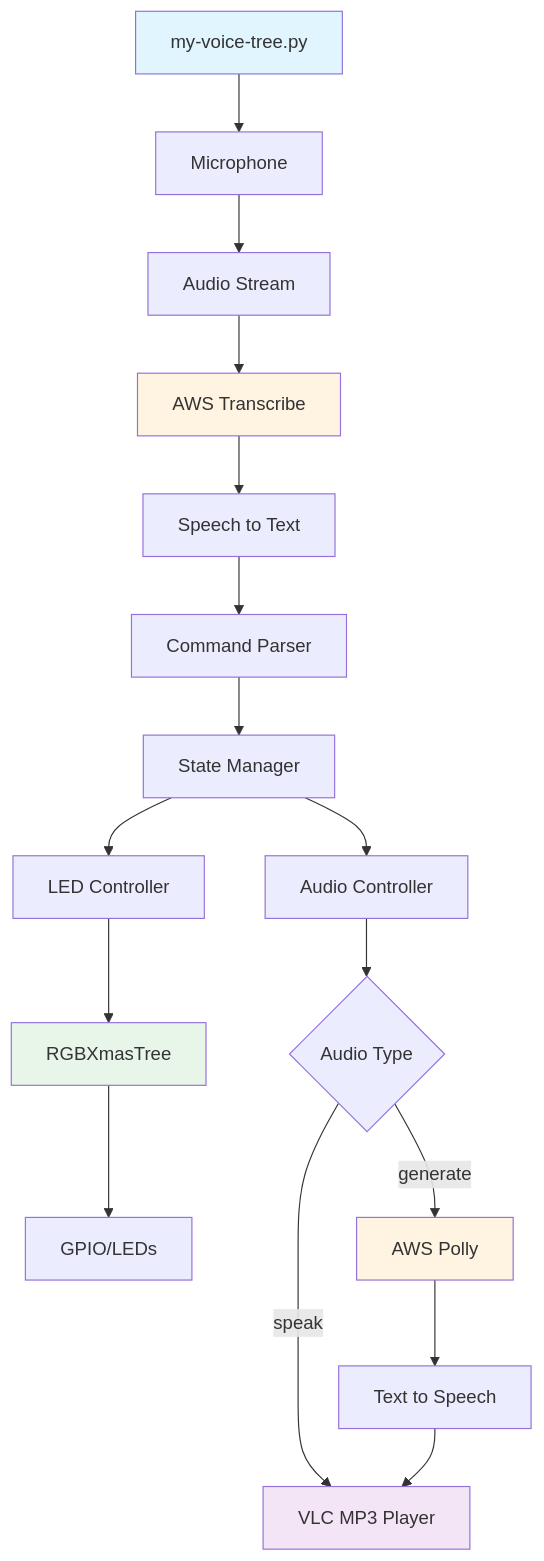
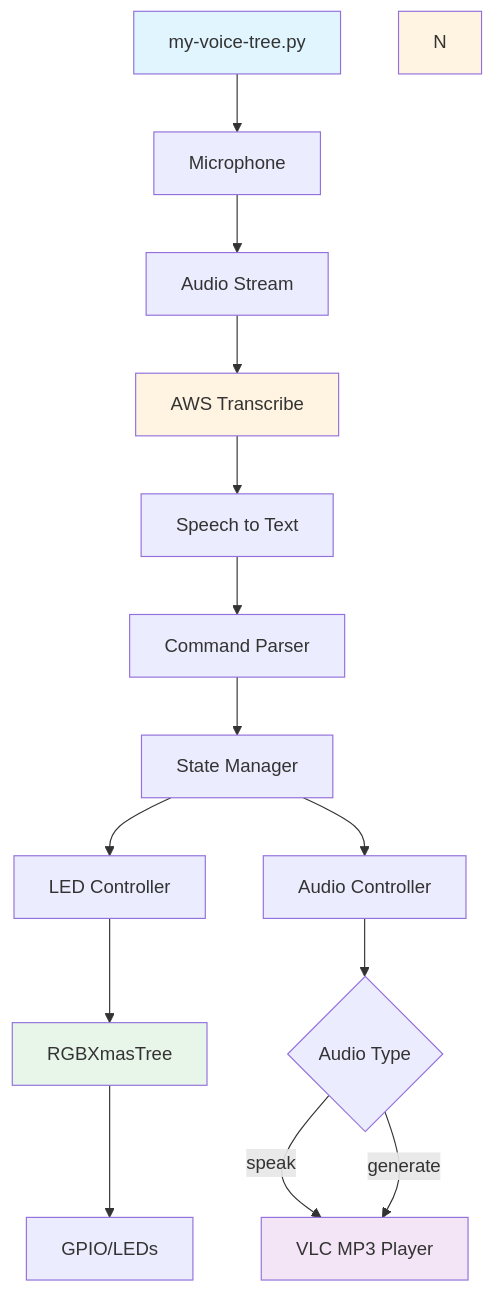
One commit to malminhas/raspberrypi-xmastree changed the second of 3 diagrams in README.md. Above: the diagram before and after it, drawn with Mermaid. The commit also changed other lines of this file, not shown here.

Commit message:
Updated README with generate info

````diff
--- a/README.md
+++ b/README.md
@@ -205,26 +205,24 @@
 ```mermaid
 graph TB
     A[my-voice-tree.py] --> B[Microphone]
     B --> C[Audio Stream]
     C --> D[AWS Transcribe]
     D --> E[Speech to Text]
     E --> F[Command Parser]
     F --> G[State Manager]
     
     G --> H[LED Controller]
     H --> I[RGBXmasTree]
     I --> J[GPIO/LEDs]
     
     G --> K[Audio Controller]
     K --> L{Audio Type}
     L -->|speak| M[VLC MP3 Player]
-    L -->|generate| N[AWS Polly]
-    N --> O[Text to Speech]
-    O --> M
+    L -->|generate| M
     
     style A fill:#e1f5ff
     style D fill:#fff4e1
     style N fill:#fff4e1
     style I fill:#e8f5e9
     style M fill:#f3e5f5
 ```
````
